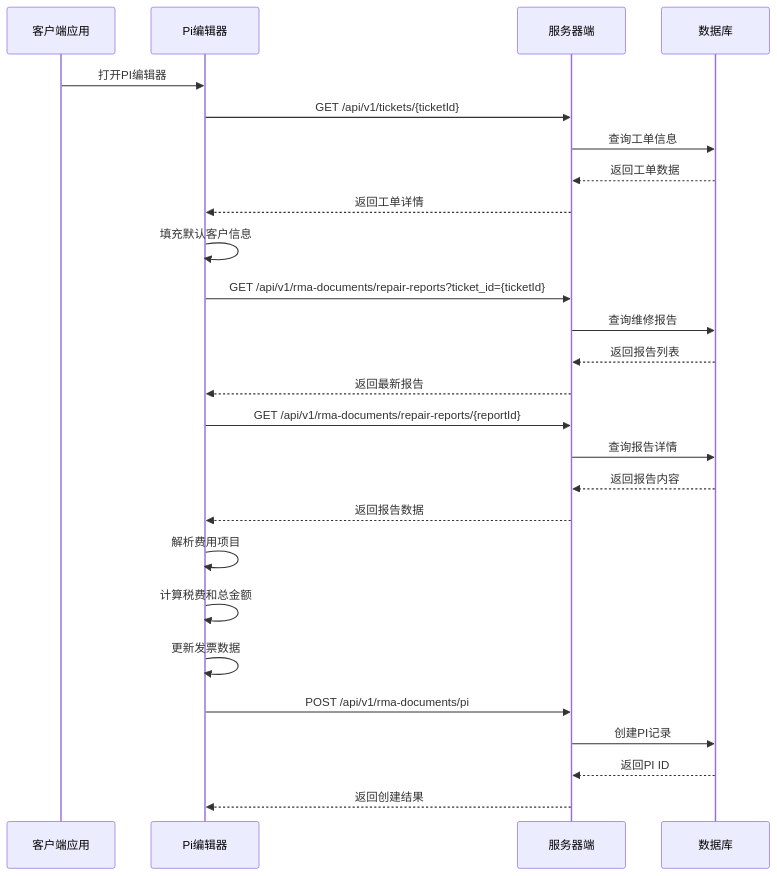
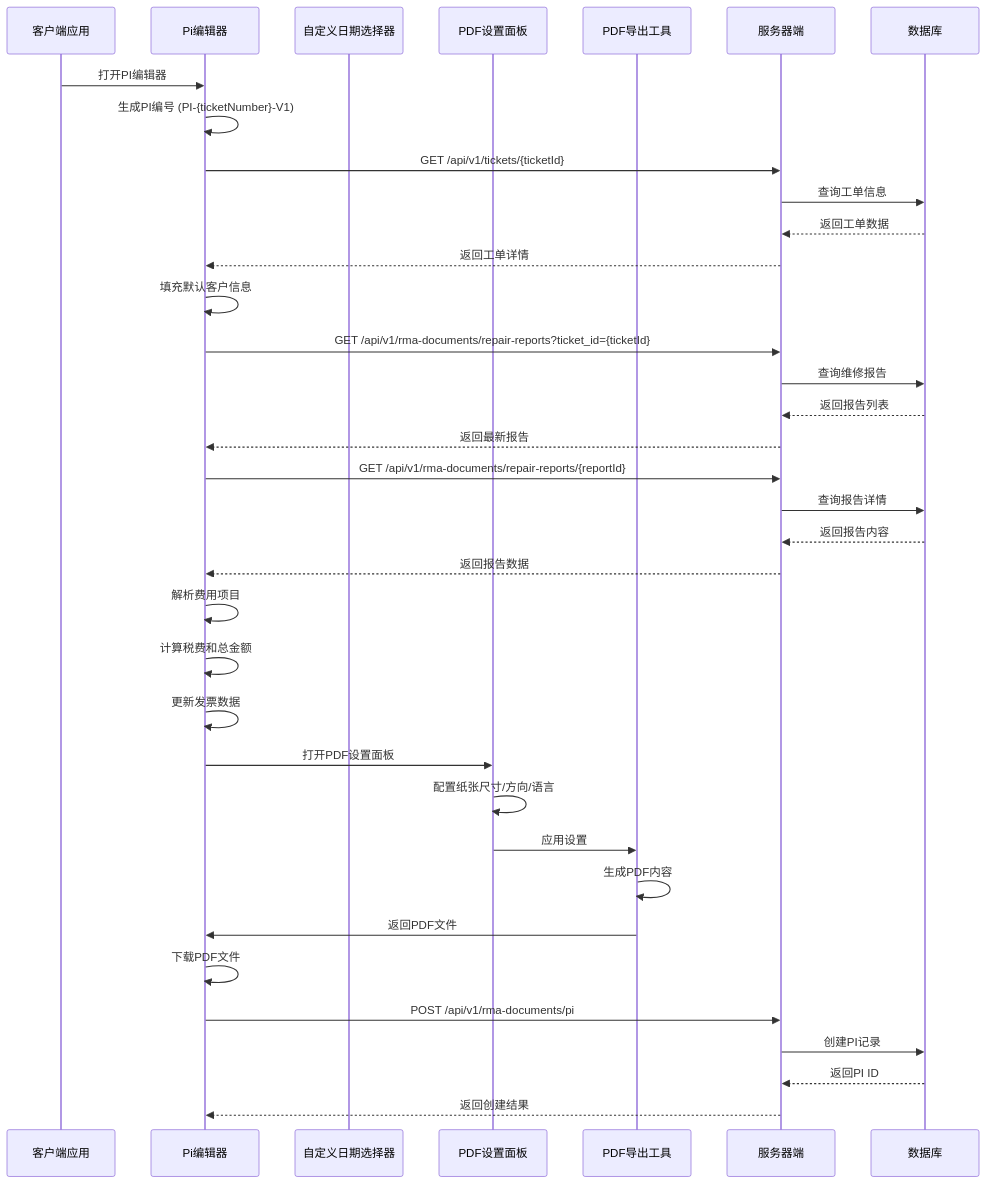
The third of 11 diagrams in .qoder/repowiki/zh/content/Pi Editor Component.md (CubeEdge/Longhorn), drawn with Mermaid before and after one commit. The commit also changed other lines of this file and 53 other files, not shown here.

````diff
--- a/.qoder/repowiki/zh/content/Pi Editor Component.md
+++ b/.qoder/repowiki/zh/content/Pi Editor Component.md
@@ -123,28 +196,38 @@
 ```mermaid
 sequenceDiagram
 participant Client as 客户端应用
 participant Editor as Pi编辑器
+participant DatePicker as 自定义日期选择器
+participant PDFSettings as PDF设置面板
+participant PDFExport as PDF导出工具
 participant Server as 服务器端
 participant Database as 数据库
 Client->>Editor : 打开PI编辑器
+Editor->>Editor : 生成PI编号 (PI-{ticketNumber}-V1)
 Editor->>Server : GET /api/v1/tickets/{ticketId}
 Server->>Database : 查询工单信息
 Database-->>Server : 返回工单数据
 Server-->>Editor : 返回工单详情
 Editor->>Editor : 填充默认客户信息
 Editor->>Server : GET /api/v1/rma-documents/repair-reports?ticket_id={ticketId}
 Server->>Database : 查询维修报告
 Database-->>Server : 返回报告列表
 Server-->>Editor : 返回最新报告
 Editor->>Server : GET /api/v1/rma-documents/repair-reports/{reportId}
 Server->>Database : 查询报告详情
 Database-->>Server : 返回报告内容
 Server-->>Editor : 返回报告数据
 Editor->>Editor : 解析费用项目
 Editor->>Editor : 计算税费和总金额
 Editor->>Editor : 更新发票数据
+Editor->>PDFSettings : 打开PDF设置面板
+PDFSettings->>PDFSettings : 配置纸张尺寸/方向/语言
+PDFSettings->>PDFExport : 应用设置
+PDFExport->>PDFExport : 生成PDF内容
+PDFExport->>Editor : 返回PDF文件
+Editor->>Editor : 下载PDF文件
 Editor->>Server : POST /api/v1/rma-documents/pi
 Server->>Database : 创建PI记录
 Database-->>Server : 返回PI ID
 Server-->>Editor : 返回创建结果
 ```
````
